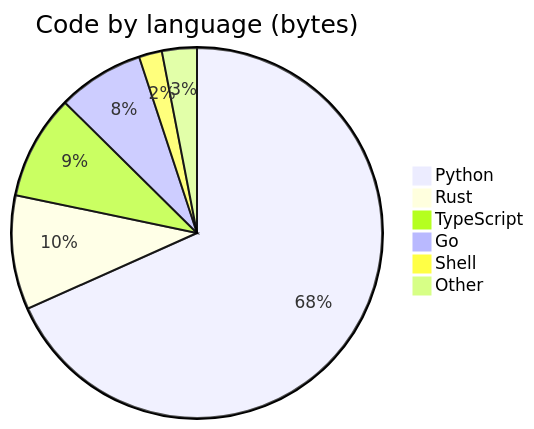
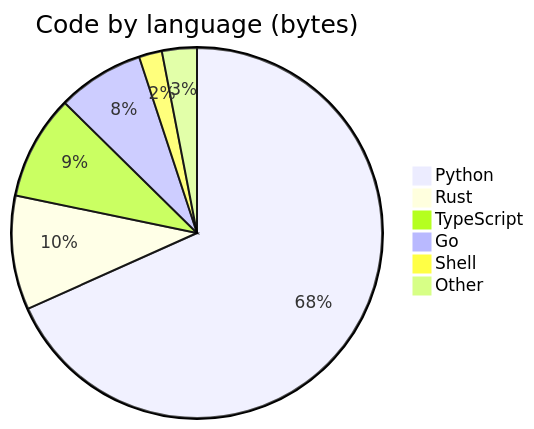
Before and after one commit to adeoluo/profile-forge: the third of 3 diagrams in examples/adeoluo.README.md, drawn with Mermaid. The commit also changed other lines of this file and 1 other file, not shown here.

````diff
--- a/examples/adeoluo.README.md
+++ b/examples/adeoluo.README.md
@@ -286,10 +286,10 @@
 ```mermaid
 pie
   title Code by language (bytes)
   "Python" : 2563884
   "Rust" : 374068
   "TypeScript" : 342399
-  "Go" : 283138
+  "Go" : 284199
   "Shell" : 75482
   "Other" : 114296
 ```
````
